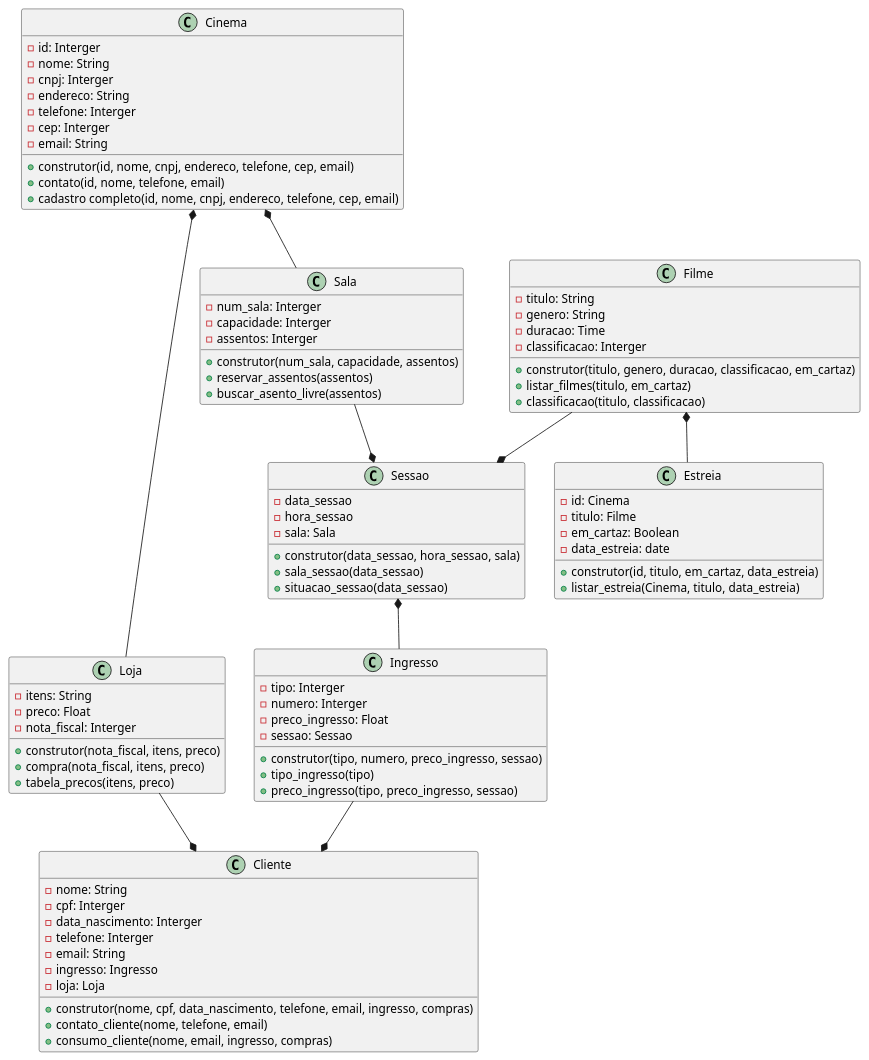
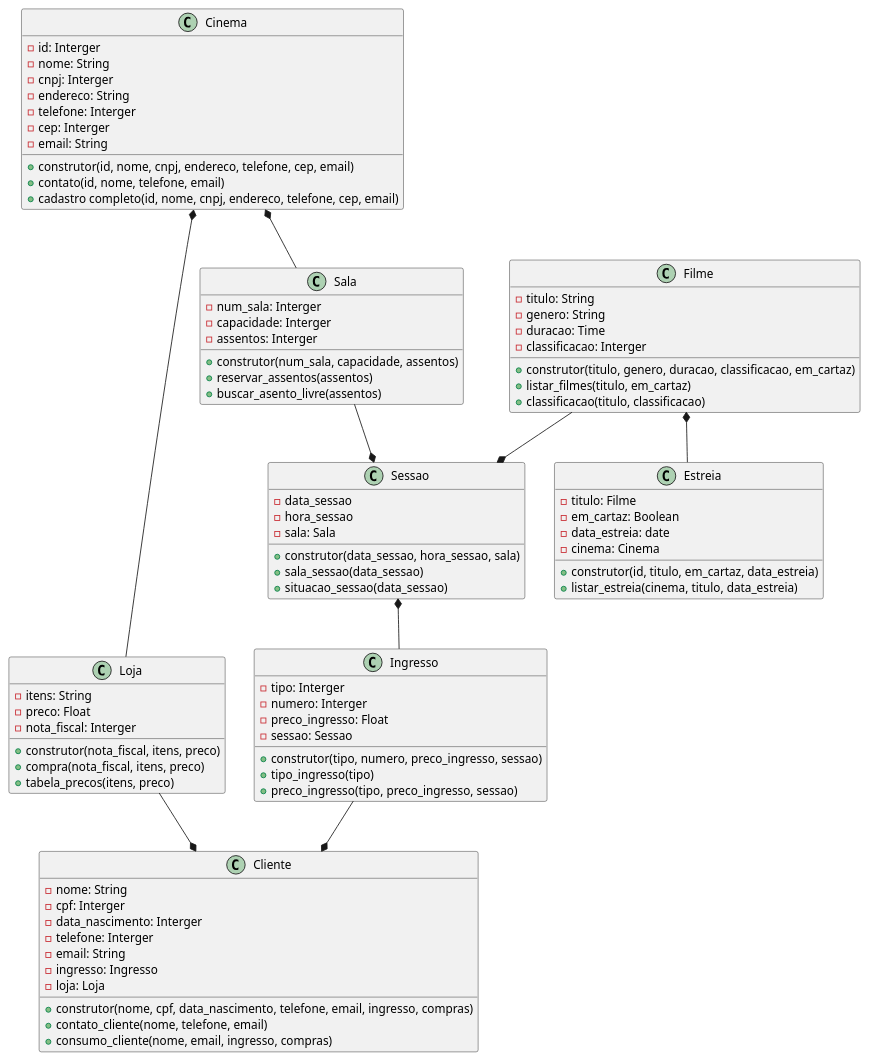
One commit to anleaes/2023-1-N1-POO-01 changed the diagram in cinema_grupo1.plantuml. Above: the diagram before and after it, drawn with PlantUML.

```diff
--- a/cinema_grupo1.plantuml
+++ b/cinema_grupo1.plantuml
@@ -1,93 +1,93 @@
 @startuml Diagrama Herança Cinema - Grupo 1
 
 class Cinema {
     - id: Interger
     - nome: String
     - cnpj: Interger 
     - endereco: String
     - telefone: Interger
     - cep: Interger
     - email: String
     + construtor(id, nome, cnpj, endereco, telefone, cep, email)
     + contato(id, nome, telefone, email)
     + cadastro completo(id, nome, cnpj, endereco, telefone, cep, email)
 }
 
 class Sala{
     - num_sala: Interger
     - capacidade: Interger
     - assentos: Interger
     + construtor(num_sala, capacidade, assentos)
     + reservar_assentos(assentos)
     + buscar_asento_livre(assentos)
 }
 
 class Sessao{
     - data_sessao
     - hora_sessao
     - sala: Sala
     + construtor(data_sessao, hora_sessao, sala)
     + sala_sessao(data_sessao)
     + situacao_sessao(data_sessao)      
 }
 
 class Loja{
     - itens: String
     - preco: Float
     - nota_fiscal: Interger
     + construtor(nota_fiscal, itens, preco)
     + compra(nota_fiscal, itens, preco)
     + tabela_precos(itens, preco)
 }
 
 class Ingresso{
     - tipo: Interger
     - numero: Interger
     - preco_ingresso: Float
     - sessao: Sessao
     + construtor(tipo, numero, preco_ingresso, sessao)
     + tipo_ingresso(tipo)
     + preco_ingresso(tipo, preco_ingresso, sessao)
 }
 
 class Cliente{
     - nome: String
     - cpf: Interger
     - data_nascimento: Interger
     - telefone: Interger
     - email: String
     - ingresso: Ingresso
     - loja: Loja
     + construtor(nome, cpf, data_nascimento, telefone, email, ingresso, compras)
     + contato_cliente(nome, telefone, email)
     + consumo_cliente(nome, email, ingresso, compras)    
 }
 
 class Filme{
     - titulo: String
     - genero: String
     - duracao: Time
     - classificacao: Interger
     + construtor(titulo, genero, duracao, classificacao, em_cartaz)
     + listar_filmes(titulo, em_cartaz)
     + classificacao(titulo, classificacao)
 }
 
 class Estreia {
-    - id: Cinema
     - titulo: Filme
     - em_cartaz: Boolean
     - data_estreia: date
+    - cinema: Cinema
     + construtor(id, titulo, em_cartaz, data_estreia)
-    + listar_estreia(Cinema, titulo, data_estreia)
+    + listar_estreia(cinema, titulo, data_estreia)
 }
 
 Cinema *-- Sala
 Sala --* Sessao
 Filme --* Sessao
 Filme *-- Estreia
 Ingresso --* Cliente
 Cinema *-- Loja
 Loja --* Cliente
 Sessao *-- Ingresso
 @enduml
```
